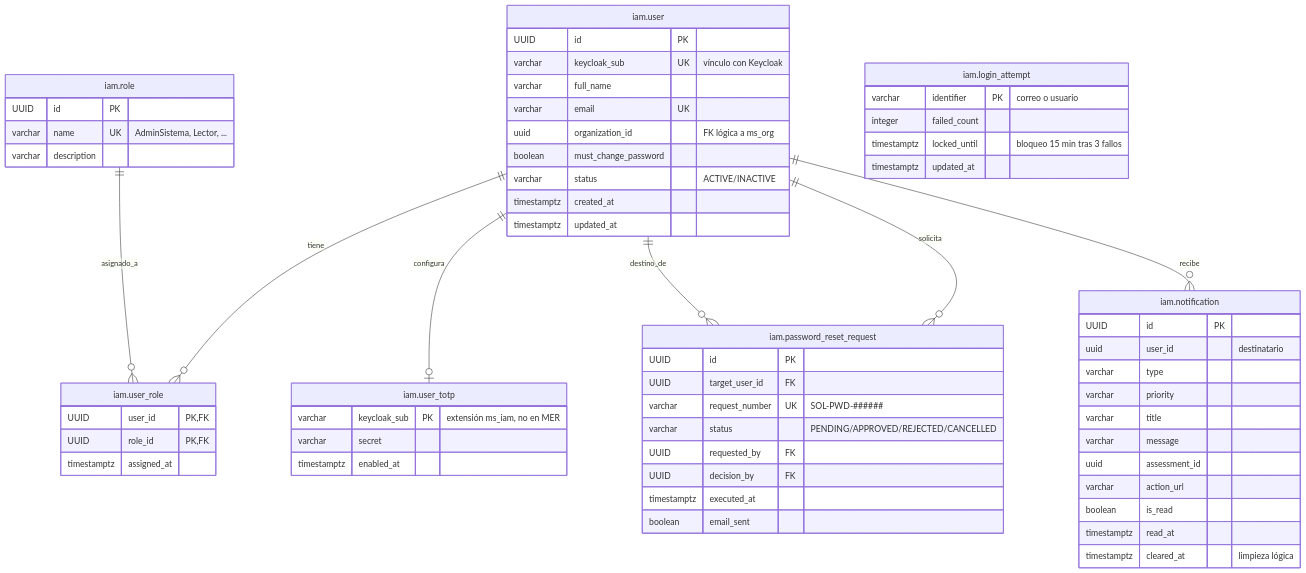
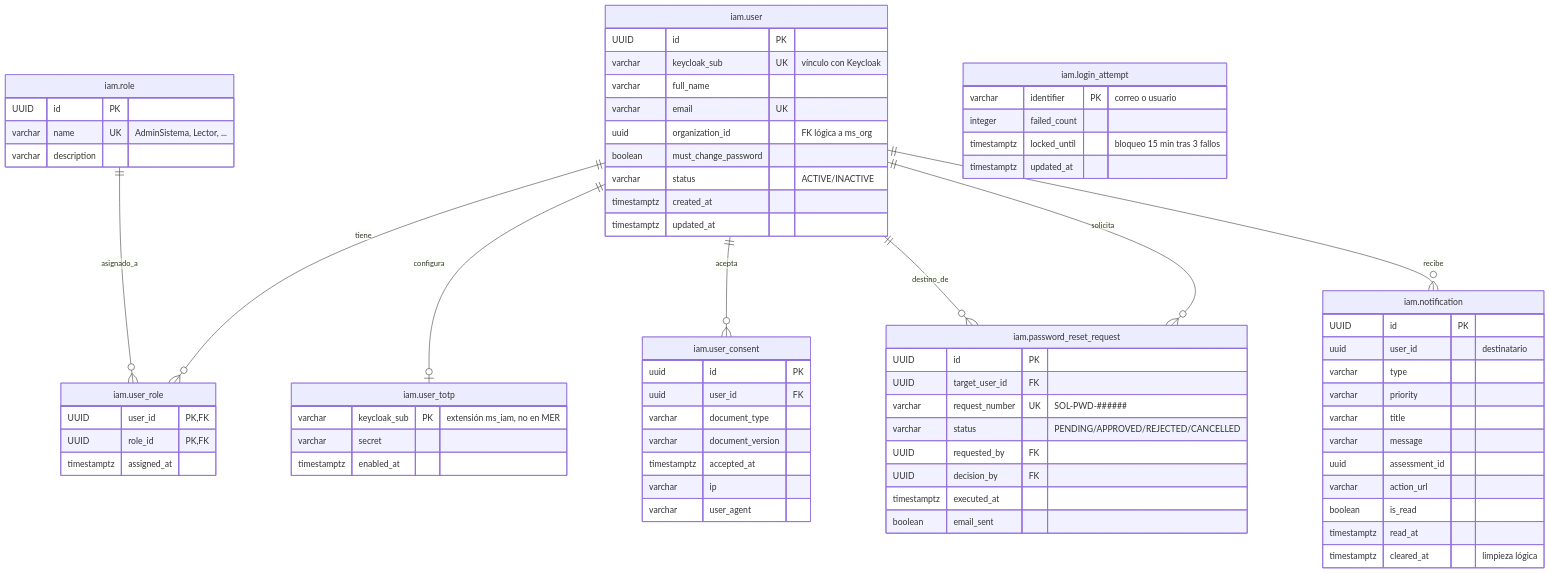
Before and after one commit to jdtovar07/MSPI_NVA_CO_DOCS: the second of 7 diagrams in Documentacion-Backend/ms_iam/03-Diseno.md, drawn with Mermaid. The commit also changed 14 other files, not shown here.

First line of the commit message:
docs(legal): document consent table MER and acceptance flow

````diff
--- a/Documentacion-Backend/ms_iam/03-Diseno.md
+++ b/Documentacion-Backend/ms_iam/03-Diseno.md
@@ -188,65 +188,75 @@
 ```mermaid
 erDiagram
     "iam.user" ||--o{ "iam.user_role" : tiene
     "iam.role" ||--o{ "iam.user_role" : asignado_a
     "iam.user" ||--o| "iam.user_totp" : configura
+    "iam.user" ||--o{ "iam.user_consent" : acepta
     "iam.user" ||--o{ "iam.password_reset_request" : destino_de
     "iam.user" ||--o{ "iam.password_reset_request" : solicita
     "iam.user" ||--o{ "iam.notification" : recibe
 
     "iam.user" {
         UUID id PK
         varchar keycloak_sub UK "vínculo con Keycloak"
         varchar full_name
         varchar email UK
         uuid organization_id "FK lógica a ms_org"
         boolean must_change_password
         varchar status "ACTIVE/INACTIVE"
         timestamptz created_at
         timestamptz updated_at
     }
     "iam.role" {
         UUID id PK
         varchar name UK "AdminSistema, Lector, ..."
         varchar description
     }
     "iam.user_role" {
         UUID user_id PK,FK
         UUID role_id PK,FK
         timestamptz assigned_at
+    }
+    "iam.user_consent" {
+        uuid id PK
+        uuid user_id FK
+        varchar document_type
+        varchar document_version
+        timestamptz accepted_at
+        varchar ip
+        varchar user_agent
     }
     "iam.user_totp" {
         varchar keycloak_sub PK "extensión ms_iam, no en MER"
         varchar secret
         timestamptz enabled_at
     }
     "iam.password_reset_request" {
         UUID id PK
         UUID target_user_id FK
         varchar request_number UK "SOL-PWD-######"
         varchar status "PENDING/APPROVED/REJECTED/CANCELLED"
         UUID requested_by FK
         UUID decision_by FK
         timestamptz executed_at
         boolean email_sent
     }
     "iam.notification" {
         UUID id PK
         uuid user_id "destinatario"
         varchar type
         varchar priority
         varchar title
         varchar message
         uuid assessment_id
         varchar action_url
         boolean is_read
         timestamptz read_at
         timestamptz cleared_at "limpieza lógica"
     }
     "iam.login_attempt" {
         varchar identifier PK "correo o usuario"
         integer failed_count
         timestamptz locked_until "bloqueo 15 min tras 3 fallos"
         timestamptz updated_at
     }
 ```
````
